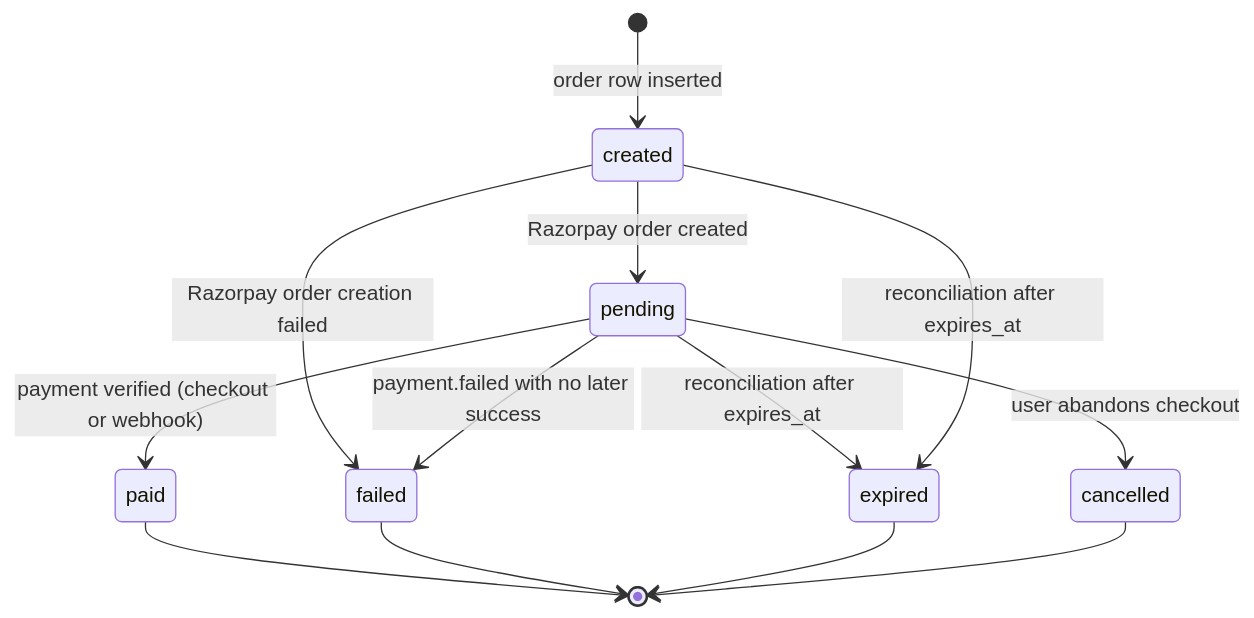
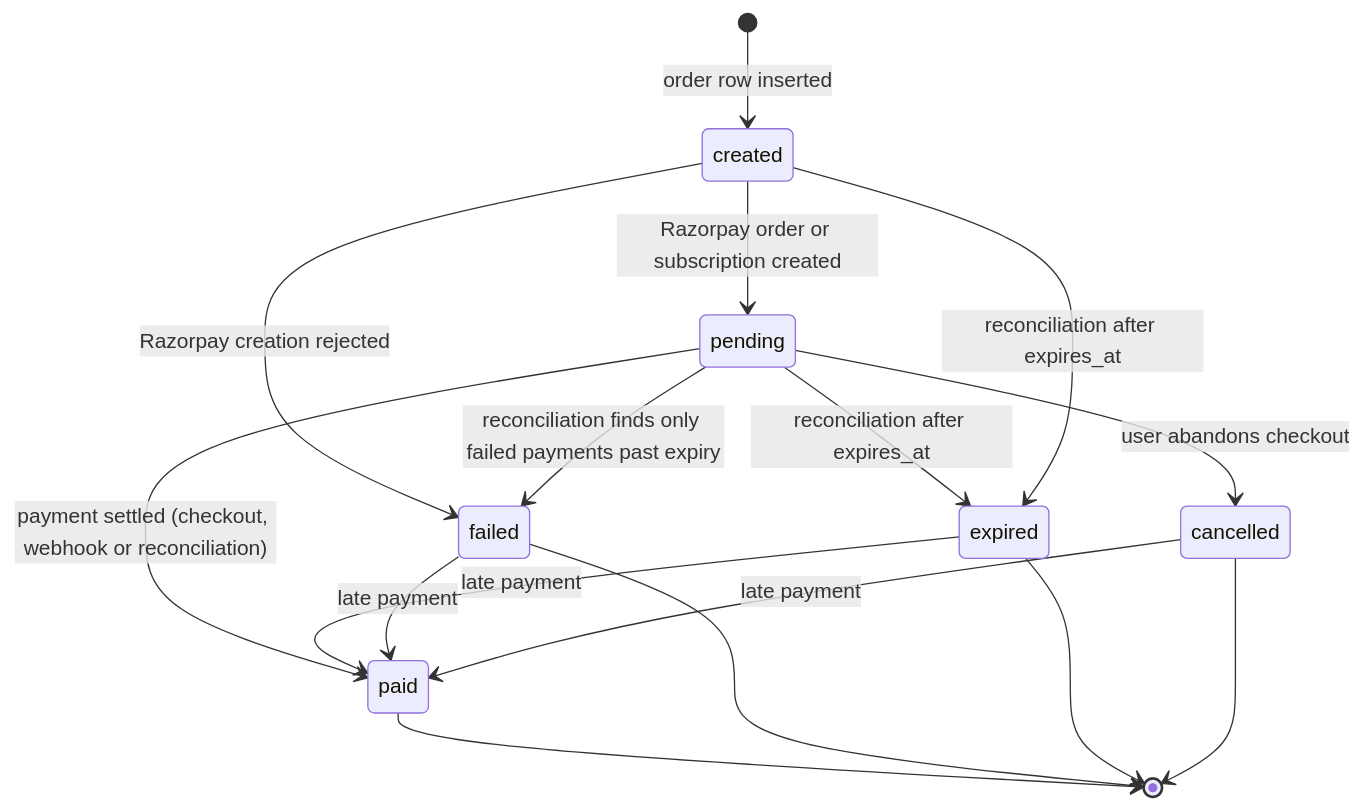
Before and after one commit to The-GenAI-Labs/motionile: the third of 12 diagrams in docs/db/state-machines.md, drawn with Mermaid. The commit also changed other lines of this file and 9 other files, not shown here.

````diff
--- a/docs/db/state-machines.md
+++ b/docs/db/state-machines.md
@@ -63,15 +63,18 @@
 ```mermaid
 stateDiagram-v2
     [*] --> created: order row inserted
-    created --> pending: Razorpay order created
-    created --> failed: Razorpay order creation failed
-    pending --> paid: payment verified (checkout or webhook)
-    pending --> failed: payment.failed with no later success
+    created --> pending: Razorpay order or subscription created
+    created --> failed: Razorpay creation rejected
+    pending --> paid: payment settled (checkout, webhook or reconciliation)
+    pending --> failed: reconciliation finds only failed payments past expiry
     pending --> expired: reconciliation after expires_at
     pending --> cancelled: user abandons checkout
     created --> expired: reconciliation after expires_at
+    expired --> paid: late payment
+    failed --> paid: late payment
+    cancelled --> paid: late payment
     paid --> [*]
     failed --> [*]
     expired --> [*]
     cancelled --> [*]
 ```
````
